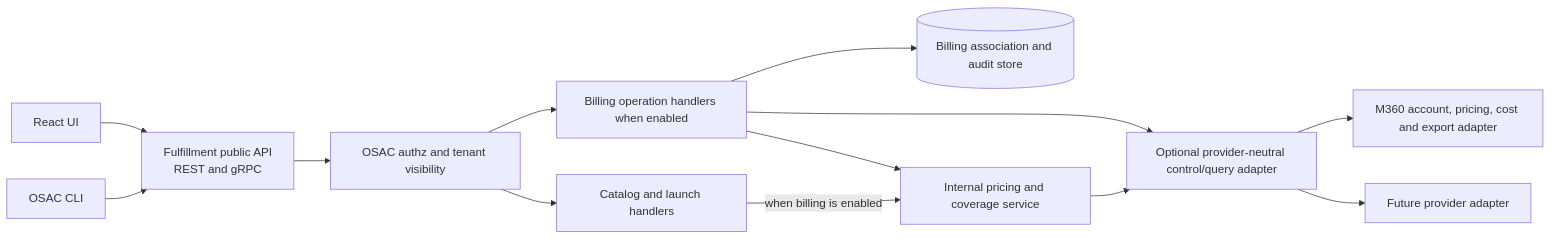
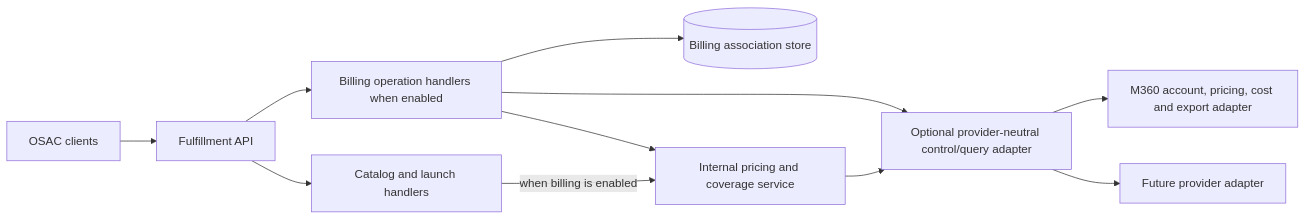
The diagram in enhancements/OSAC-3784-billing-integration-mvp/design.md (amito/enhancement-proposals), drawn with Mermaid before and after one commit. The commit also changed other lines of this file, not shown here.

First line of the commit message:
OSAC-3784: Refine billing design for review

````diff
--- a/enhancements/OSAC-3784-billing-integration-mvp/design.md
+++ b/enhancements/OSAC-3784-billing-integration-mvp/design.md
@@ -72,15 +70,13 @@
 ```mermaid
 flowchart LR
-  UI[React UI] --> FAPI[Fulfillment public API<br/>REST and gRPC]
-  CLI[OSAC CLI] --> FAPI
-  FAPI --> AUTH[OSAC authz and tenant visibility]
-  AUTH --> BILLING[Billing operation handlers when enabled]
-  AUTH --> RESOURCE[Catalog and launch handlers]
-  BILLING --> STORE[(Billing association and audit store)]
+  CLIENTS[OSAC clients] --> FAPI[Fulfillment API]
+  FAPI --> BILLING[Billing operation handlers when enabled]
+  FAPI --> RESOURCE[Catalog and launch handlers]
+  BILLING --> STORE[(Billing association store)]
   BILLING --> CTRL[Internal pricing and coverage service]
   BILLING --> PROVIDER
   RESOURCE -->|when billing is enabled| CTRL
   CTRL --> PROVIDER[Optional provider-neutral control/query adapter]
   PROVIDER --> M360[M360 account, pricing, cost and export adapter]
   PROVIDER --> OTHER[Future provider adapter]
 ```
````
